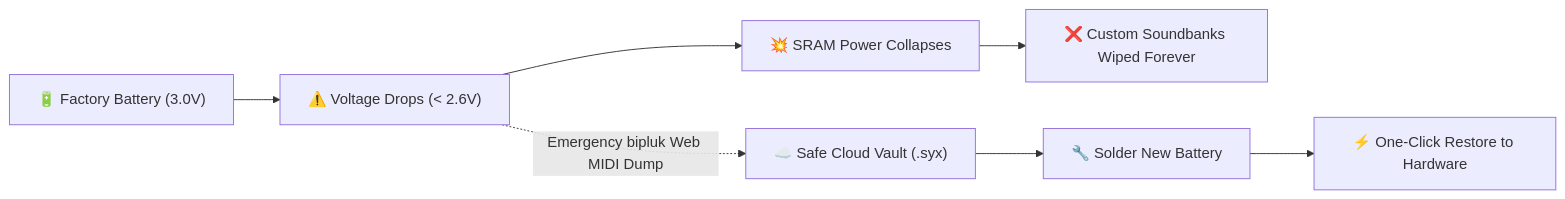
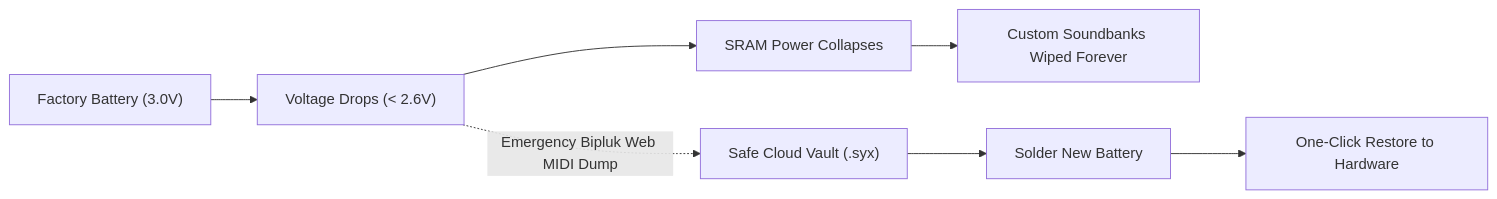
One commit to maxcomperatore/bipluk changed the first of 4 diagrams in README.md. Above: the diagram before and after it, drawn with Mermaid. The commit also changed other lines of this file and 3 other files, not shown here.

````diff
--- a/README.md
+++ b/README.md
@@ -81,10 +81,10 @@
 ```mermaid
 flowchart LR
-    A["🔋 Factory Battery (3.0V)"] --> B["⚠️ Voltage Drops (< 2.6V)"]
-    B --> C["💥 SRAM Power Collapses"]
-    C --> D["❌ Custom Soundbanks Wiped Forever"]
+    A["Factory Battery (3.0V)"] --> B["Voltage Drops (< 2.6V)"]
+    B --> C["SRAM Power Collapses"]
+    C --> D["Custom Soundbanks Wiped Forever"]
     
-    B -.->|"Emergency bipluk Web MIDI Dump"| E["☁️ Safe Cloud Vault (.syx)"]
-    E --> F["🔧 Solder New Battery"]
-    F --> G["⚡ One-Click Restore to Hardware"]
+    B -.->|"Emergency Bipluk Web MIDI Dump"| E["Safe Cloud Vault (.syx)"]
+    E --> F["Solder New Battery"]
+    F --> G["One-Click Restore to Hardware"]
 ```
````
